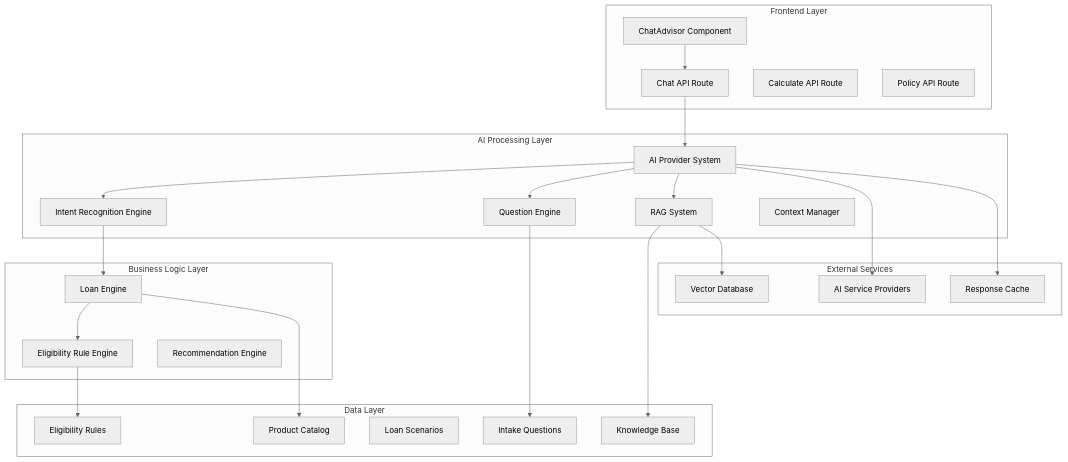
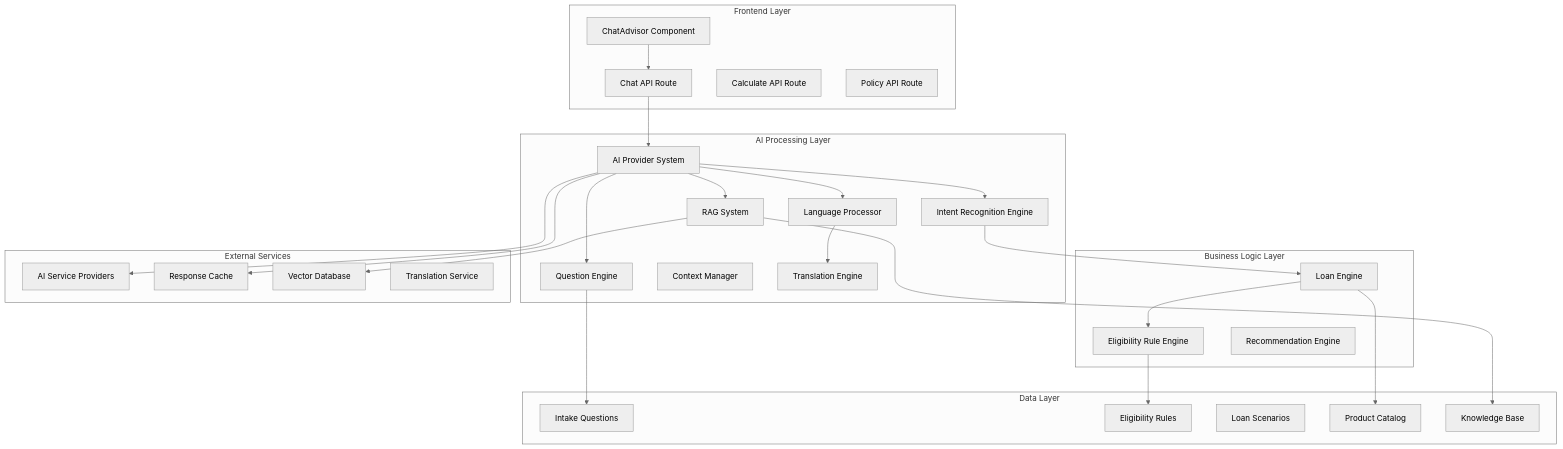
Before and after one commit to alibaba-hackathon-fsi/frontend-vaya: the first of 9 diagrams in .qoder/repowiki/en/content/Chat Interface/AI Processing Engine.md, drawn with Mermaid (neutral theme). The commit also changed other lines of this file and 36 other files, not shown here.

````diff
--- a/.qoder/repowiki/en/content/Chat Interface/AI Processing Engine.md
+++ b/.qoder/repowiki/en/content/Chat Interface/AI Processing Engine.md
@@ -51,47 +52,52 @@
 ```mermaid
 graph TB
 subgraph "Frontend Layer"
 UI[ChatAdvisor Component]
 API_Chat[Chat API Route]
 API_Calculate[Calculate API Route]
 API_Policy[Policy API Route]
 end
 subgraph "AI Processing Layer"
 ProviderSystem[AI Provider System]
 IntentRecognition[Intent Recognition Engine]
 QuestionEngine[Question Engine]
 RAGSystem[RAG System]
 ContextManager[Context Manager]
+LanguageProcessor[Language Processor]
+TranslationEngine[Translation Engine]
 end
 subgraph "Business Logic Layer"
 LoanEngine[Loan Engine]
 RuleEngine[Eligibility Rule Engine]
 RecommendationEngine[Recommendation Engine]
 end
 subgraph "Data Layer"
 Intake[Intake Questions]
 Rules[Eligibility Rules]
 Scenarios[Loan Scenarios]
 Products[Product Catalog]
 KnowledgeBase[Knowledge Base]
 end
 subgraph "External Services"
 AIService[AI Service Providers]
 Cache[Response Cache]
 VectorDB[Vector Database]
+TranslationService[Translation Service]
 end
 UI --> API_Chat
 API_Chat --> ProviderSystem
 ProviderSystem --> IntentRecognition
 ProviderSystem --> QuestionEngine
 ProviderSystem --> RAGSystem
+ProviderSystem --> LanguageProcessor
+LanguageProcessor --> TranslationEngine
 IntentRecognition --> LoanEngine
 QuestionEngine --> Intake
 RAGSystem --> KnowledgeBase
 RAGSystem --> VectorDB
 LoanEngine --> RuleEngine
 RuleEngine --> Rules
 LoanEngine --> Products
 ProviderSystem --> AIService
 ProviderSystem --> Cache
 ```
````
